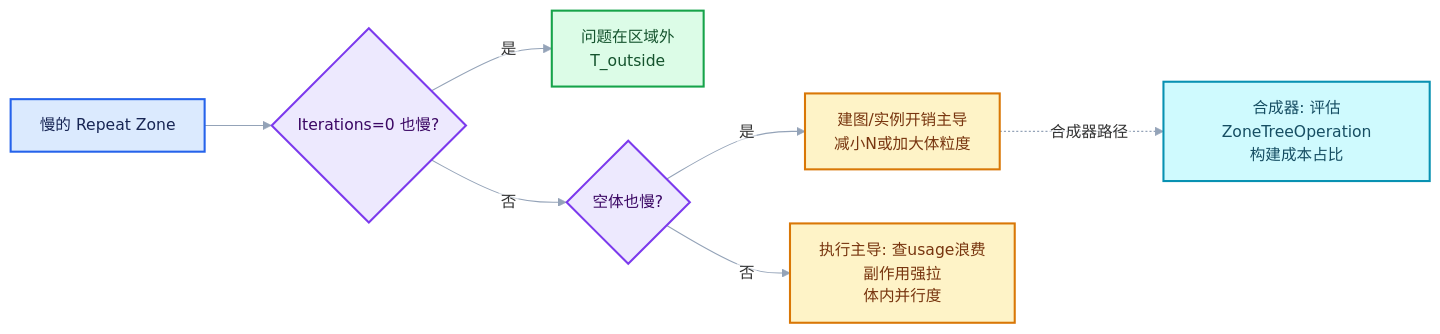
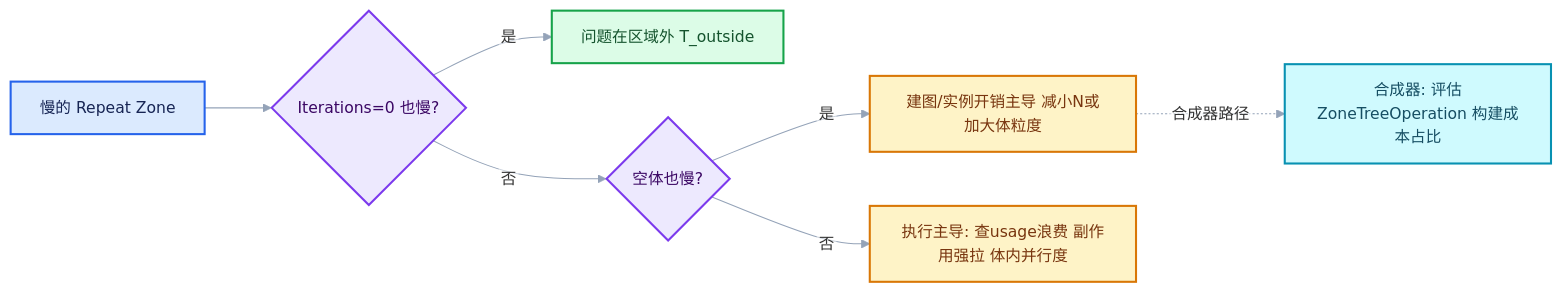
Before and after one commit to yunkezengren/blender-.vscode: the second of 2 diagrams in 杂/markdown/重复区域-dsh/00-课程指南/01-学习路线与阶段验收.md, drawn with Mermaid. The commit also changed other lines of this file and 27 other files, not shown here.

````diff
--- a/杂/markdown/重复区域-dsh/00-课程指南/01-学习路线与阶段验收.md
+++ b/杂/markdown/重复区域-dsh/00-课程指南/01-学习路线与阶段验收.md
@@ -1075,23 +1007,23 @@
 ```mermaid
 %%{init: {"theme":"base","themeVariables":{"fontFamily":"\"Segoe UI\",\"Microsoft YaHei\",sans-serif","fontSize":"15px","lineColor":"#94A3B8","edgeLabelBackground":"#FFFFFF","clusterBkg":"#F8FAFC","clusterBorder":"#CBD5E1"},"flowchart":{"htmlLabels":false,"curve":"basis","nodeSpacing":52,"rankSpacing":64,"padding":14,"diagramPadding":16,"useMaxWidth":true},"sequence":{"useMaxWidth":true,"wrap":true,"mirrorActors":false,"messageMargin":36}}}%%
 flowchart LR
   A["慢的 Repeat Zone"]:::input
   B{"Iterations=0 也慢?"}:::abstraction
-  C["问题在区域外<br/>T_outside"]:::result
+  C["问题在区域外 T_outside"]:::result
   D{"空体也慢?"}:::abstraction
-  E["建图/实例开销主导<br/>减小N或加大体粒度"]:::compute
-  F["执行主导: 查usage浪费<br/>副作用强拉<br/>体内并行度"]:::compute
-  G["合成器: 评估ZoneTreeOperation<br/>构建成本占比"]:::data
+  E["建图/实例开销主导 减小N或加大体粒度"]:::compute
+  F["执行主导: 查usage浪费 副作用强拉 体内并行度"]:::compute
+  G["合成器: 评估ZoneTreeOperation 构建成本占比"]:::data
   A --> B
   B -->|"是"| C
   B -->|"否"| D
   D -->|"是"| E
   D -->|"否"| F
   E -.->|"合成器路径"| G
   classDef input fill:#DBEAFE,stroke:#2563EB,color:#172554,stroke-width:2px;
   classDef data fill:#CFFAFE,stroke:#0891B2,color:#164E63,stroke-width:2px;
   classDef abstraction fill:#EDE9FE,stroke:#7C3AED,color:#3B0764,stroke-width:2px;
   classDef compute fill:#FEF3C7,stroke:#D97706,color:#78350F,stroke-width:2px;
   classDef result fill:#DCFCE7,stroke:#16A34A,color:#14532D,stroke-width:2px;
   classDef error fill:#FEE2E2,stroke:#DC2626,color:#7F1D1D,stroke-width:2px;
 ```
````
